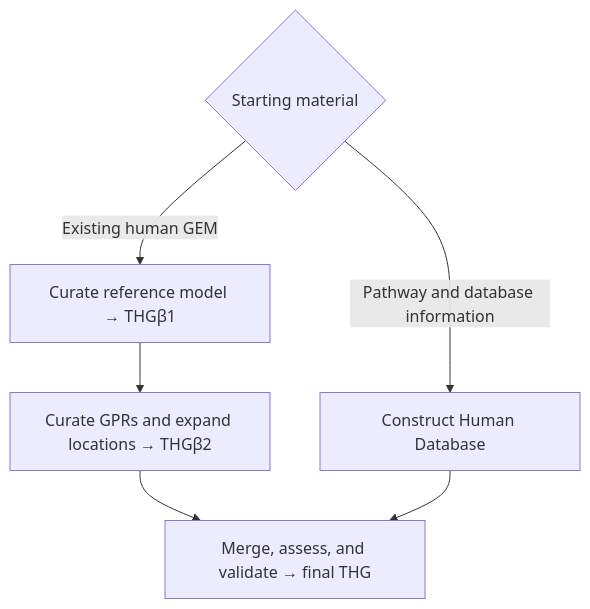
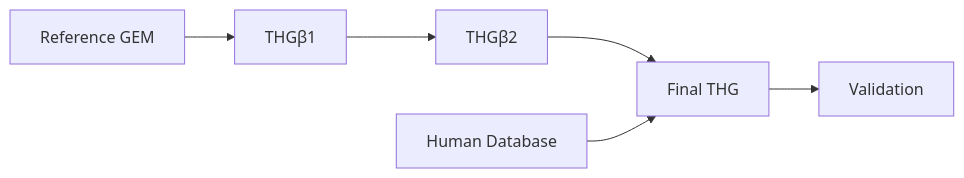
Before and after one commit to norle/THG_The-Human-GEM-protocol-standalone: the diagram in docs/index.md, drawn with Mermaid. The commit also changed other lines of this file and 46 other files, not shown here.

````diff
--- a/docs/index.md
+++ b/docs/index.md
@@ -44,9 +11,8 @@
 ```mermaid
-flowchart TD
-    A{"Starting material"}
-    A -->|Existing human GEM| B["Curate reference model → THGβ1"]
-    B --> C["Curate GPRs and expand locations → THGβ2"]
-    A -->|Pathway and database information| D["Construct Human Database"]
-    C --> E["Merge, assess, and validate → final THG"]
-    D --> E
+flowchart LR
+    A[Reference GEM] --> B[THGβ1]
+    B --> C[THGβ2]
+    C --> E[Final THG]
+    D[Human Database] --> E
+    E --> F[Validation]
 ```
````
